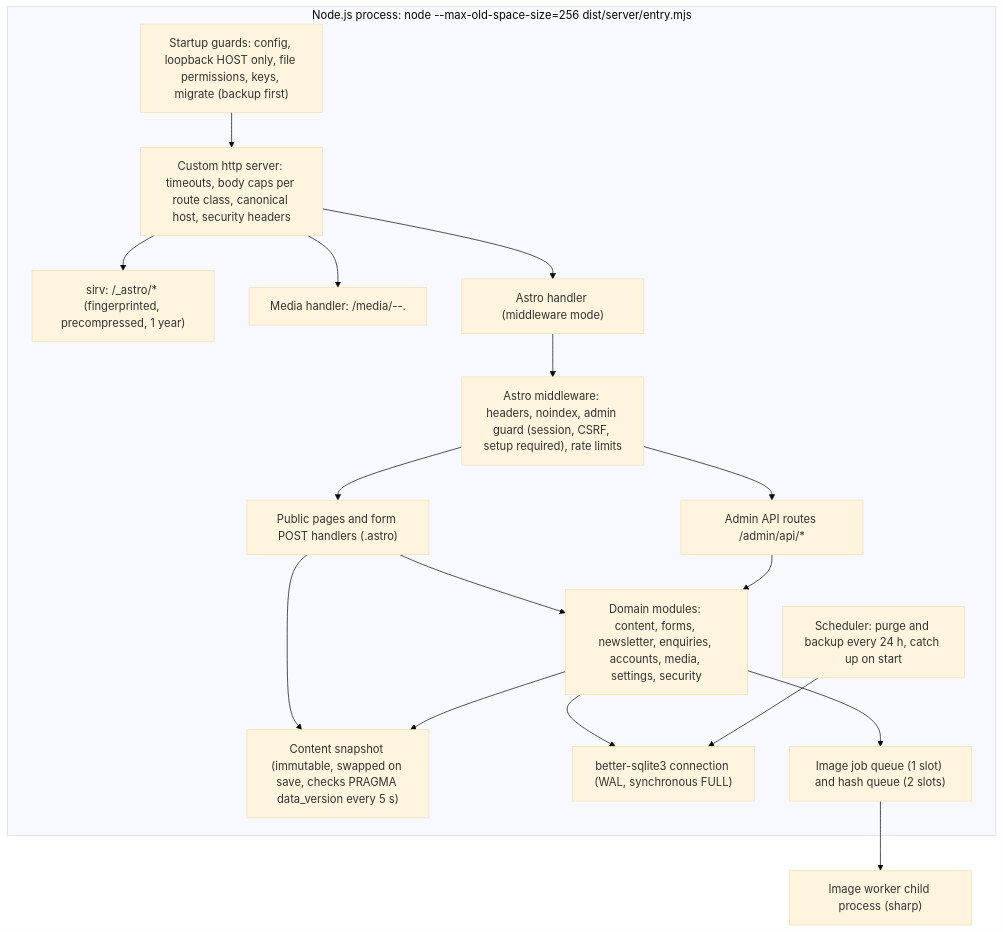
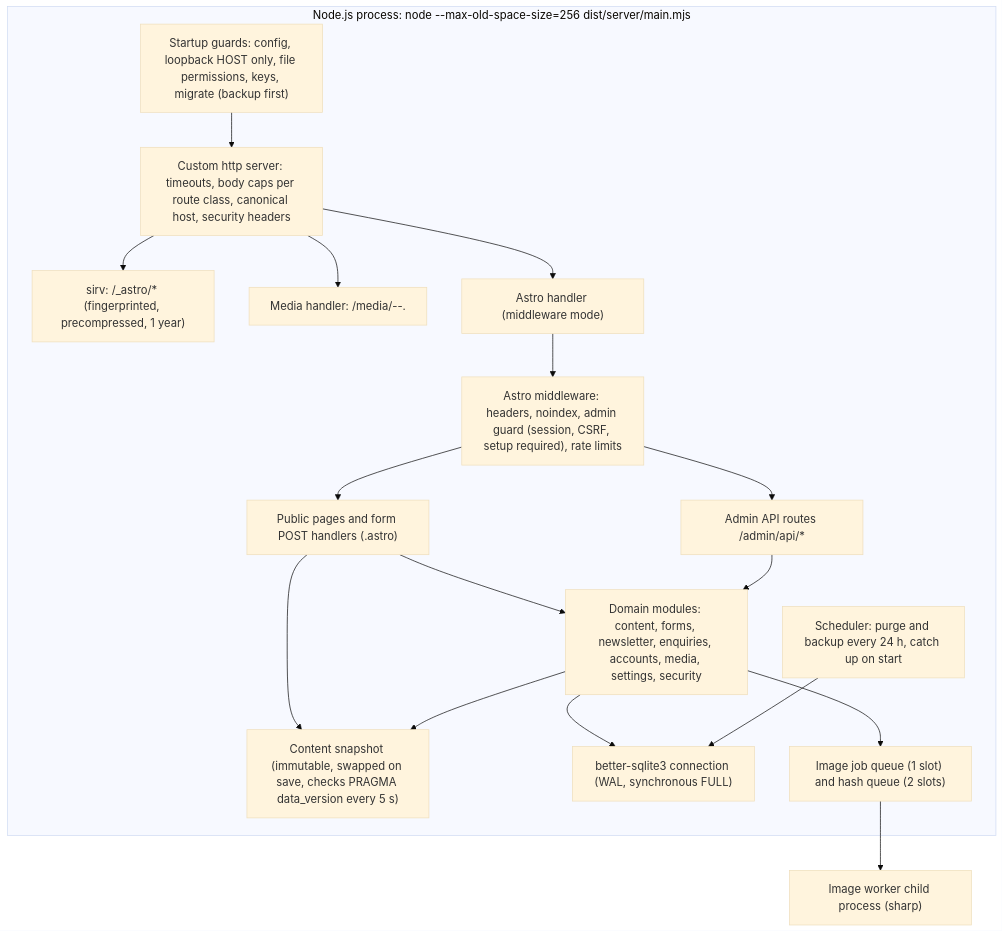
Before and after one commit to smsalama/jazz_casa_del_mar_hub: the second of 2 diagrams in docs/architecture.md, drawn with Mermaid (base theme). The commit also changed 4 other files, not shown here.

First line of the commit message:
Add repo plan and align server entry naming

````diff
--- a/docs/architecture.md
+++ b/docs/architecture.md
@@ -103,32 +103,32 @@
 ```mermaid
 flowchart TB
-  subgraph Process["Node.js process: node --max-old-space-size=256 dist/server/entry.mjs"]
+  subgraph Process["Node.js process: node --max-old-space-size=256 dist/server/main.mjs"]
     GUARD["Startup guards: config, loopback HOST only, file permissions, keys, migrate (backup first)"]
     HTTP["Custom http server: timeouts, body caps per route class, canonical host, security headers"]
     STATIC["sirv: /_astro/* (fingerprinted, precompressed, 1 year)"]
     MEDIA["Media handler: /media/<fileKey>-<rev>-<width>.<avif|webp>"]
     ASTRO["Astro handler (middleware mode)"]
     MW["Astro middleware: headers, noindex, admin guard (session, CSRF, setup required), rate limits"]
     PAGES["Public pages and form POST handlers (.astro)"]
     API["Admin API routes /admin/api/*"]
     SNAP["Content snapshot (immutable, swapped on save, checks PRAGMA data_version every 5 s)"]
     DOM["Domain modules: content, forms, newsletter, enquiries, accounts, media, settings, security"]
     DB["better-sqlite3 connection (WAL, synchronous FULL)"]
     Q["Image job queue (1 slot) and hash queue (2 slots)"]
     SCHED["Scheduler: purge and backup every 24 h, catch up on start"]
   end
   CHILD["Image worker child process (sharp)"]
   GUARD --> HTTP
   HTTP --> STATIC
   HTTP --> MEDIA
   HTTP --> ASTRO --> MW
   MW --> PAGES
   MW --> API
   PAGES --> SNAP
   PAGES --> DOM
   API --> DOM
   DOM --> DB
   DOM --> SNAP
   DOM --> Q --> CHILD
   SCHED --> DB
 ```
````
